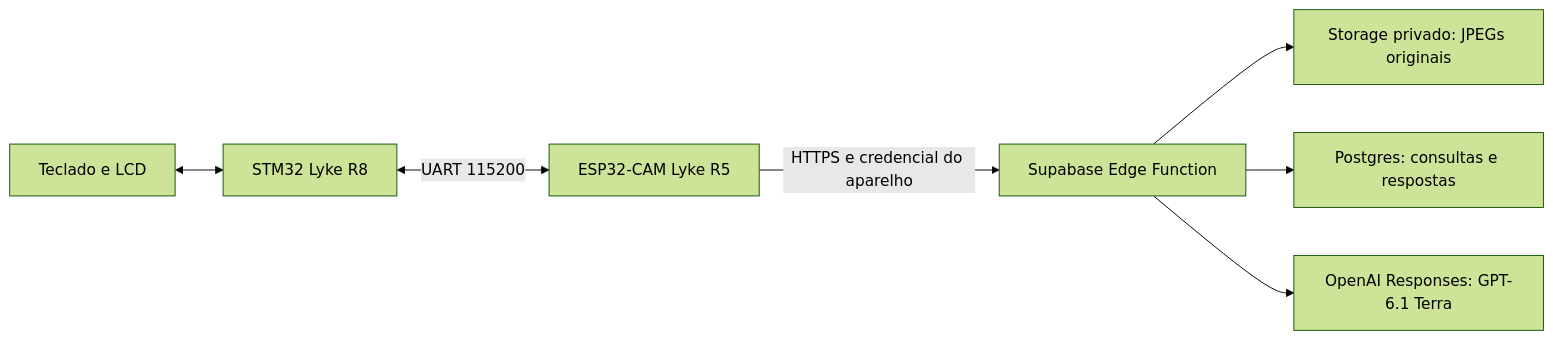
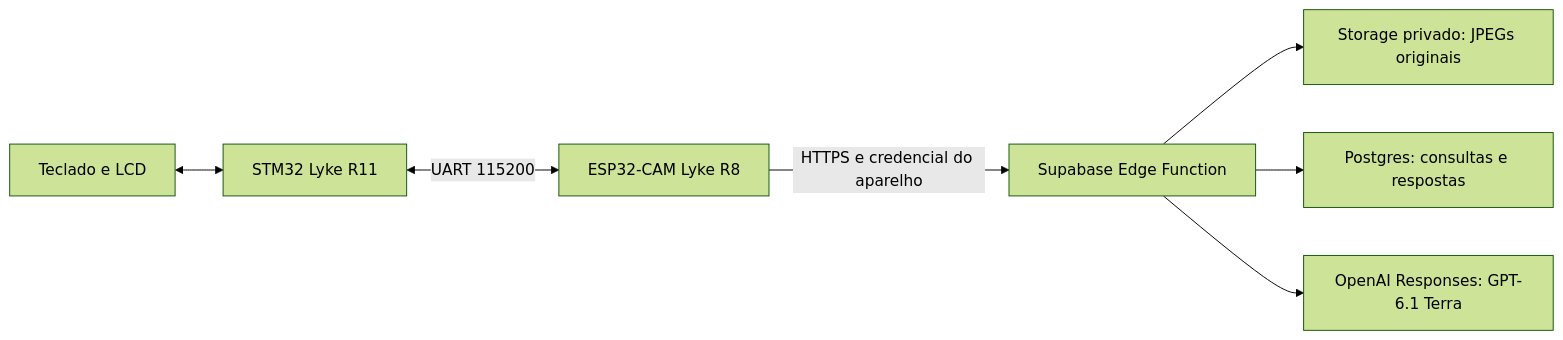
One commit to daniSoares08/camera-esp-lyke changed the diagram in README.md. Above: the diagram before and after it, drawn with Mermaid (forest theme). The commit also changed other lines of this file and 101 other files, not shown here.

````diff
--- a/README.md
+++ b/README.md
@@ -69,9 +82,9 @@
 ```mermaid
 flowchart LR
-  K[Teclado e LCD] <--> S[STM32 Lyke R8]
-  S <-- UART 115200 --> E[ESP32-CAM Lyke R5]
+  K[Teclado e LCD] <--> S[STM32 Lyke R11]
+  S <-- UART 115200 --> E[ESP32-CAM Lyke R8]
   E -- HTTPS e credencial do aparelho --> F[Supabase Edge Function]
   F --> B[Storage privado: JPEGs originais]
   F --> D[Postgres: consultas e respostas]
   F --> O[OpenAI Responses: GPT-6.1 Terra]
 ```
````
